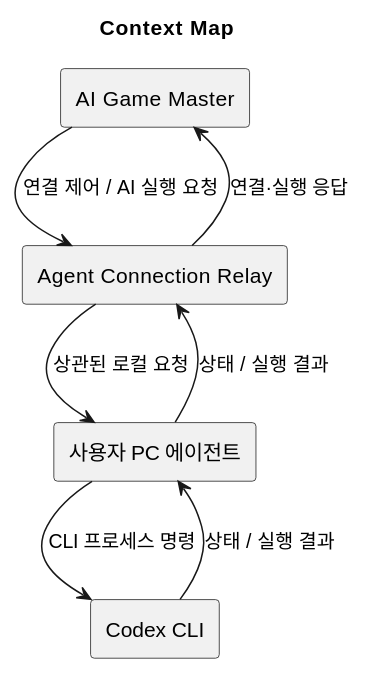
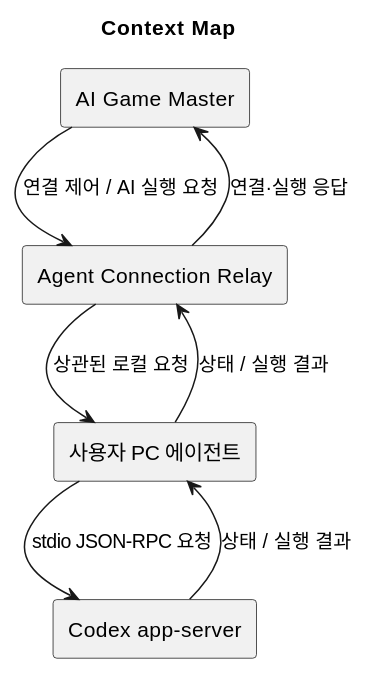
Before and after one commit to omegafrog/dnd-master: the second of 8 diagrams in docs/specs/codex-cli-oauth/architecture-spec.md, drawn with PlantUML. The commit also changed other lines of this file and 5 other files, not shown here.

Commit message:
docs: align Codex OAuth plan with app-server

````diff
--- a/docs/specs/codex-cli-oauth/architecture-spec.md
+++ b/docs/specs/codex-cli-oauth/architecture-spec.md
@@ -131,15 +135,15 @@
 ```plantuml
 @startuml
 title Context Map
 rectangle "AI Game Master" as aigm
 rectangle "사용자 PC 에이전트" as agent
 rectangle "Agent Connection Relay" as relay
-rectangle "Codex CLI" as codex
+rectangle "Codex app-server" as codex
 aigm --> relay : 연결 제어 / AI 실행 요청
 relay --> agent : 상관된 로컬 요청
-agent --> codex : CLI 프로세스 명령
+agent --> codex : stdio JSON-RPC 요청
 codex --> agent : 상태 / 실행 결과
 agent --> relay : 상태 / 실행 결과
 relay --> aigm : 연결·실행 응답
 @enduml
 ```
````
